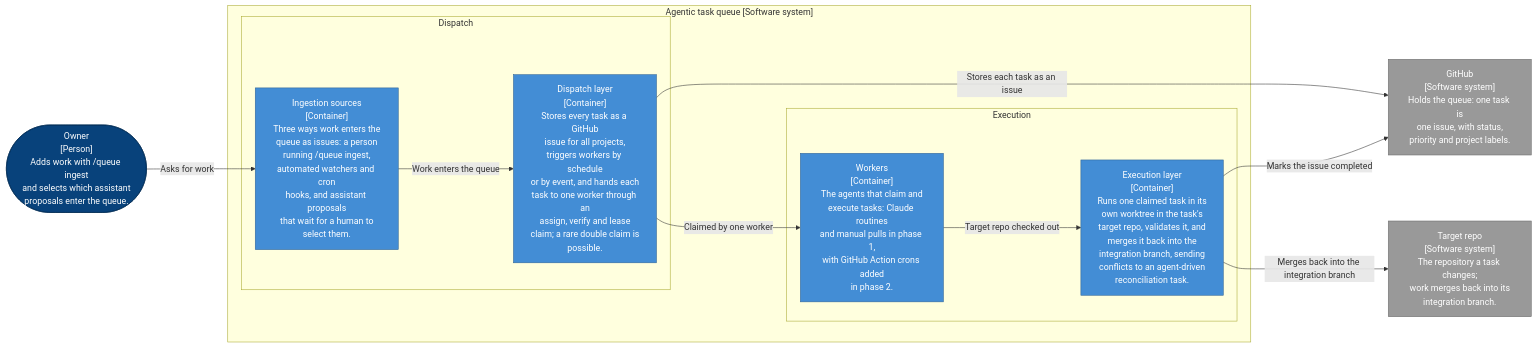
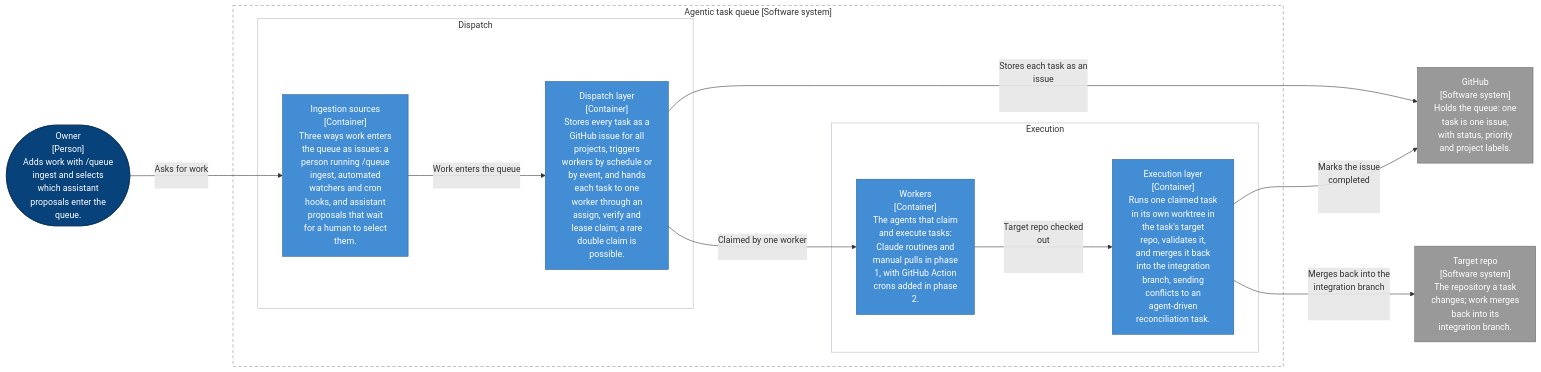
The first of 4 diagrams in docs/diagrams/c4/agentic-task-queue.md (victusfate/scaffold), drawn with Mermaid before and after one commit. The commit also changed other lines of this file and 15 other files, not shown here.

````diff
--- a/docs/diagrams/c4/agentic-task-queue.md
+++ b/docs/diagrams/c4/agentic-task-queue.md
@@ -9,29 +9,33 @@
 ```mermaid
+%%{init: {"flowchart": {"wrappingWidth": 400, "nodeSpacing": 45, "rankSpacing": 90}, "themeCSS": ".edgeLabel rect, .edgeLabel .labelBkg { fill: none !important; background: none !important; } .edgeLabel p, .edgeLabel span { background: none !important; }"}}%%
 flowchart LR
-    p_owner(["Owner<br/>[Person]<br/>Adds work with /queue ingest<br/>and selects which assistant<br/>proposals enter the queue."])
-    s_github["GitHub<br/>[Software system]<br/>Holds the queue: one task is<br/>one issue, with status,<br/>priority and project labels."]
-    s_target["Target repo<br/>[Software system]<br/>The repository a task changes;<br/>work merges back into its<br/>integration branch."]
+    p_owner(["Owner<br/>[Person]<br/>Adds work with /queue<br/>ingest and selects<br/>which assistant<br/>proposals enter the<br/>queue."])
+    s_github["GitHub<br/>[Software system]<br/>Holds the queue: one<br/>task is one issue,<br/>with status, priority<br/>and project labels."]
+    s_target["Target repo<br/>[Software system]<br/>The repository a task<br/>changes; work merges<br/>back into its<br/>integration branch."]
     subgraph sys["Agentic task queue [Software system]"]
         subgraph g_1["Dispatch"]
-            c_ING["Ingestion sources<br/>[Container]<br/>Three ways work enters the<br/>queue as issues: a person<br/>running /queue ingest,<br/>automated watchers and cron<br/>hooks, and assistant proposals<br/>that wait for a human to<br/>select them."]
-            c_DISP["Dispatch layer<br/>[Container]<br/>Stores every task as a GitHub<br/>issue for all projects,<br/>triggers workers by schedule<br/>or by event, and hands each<br/>task to one worker through an<br/>assign, verify and lease<br/>claim; a rare double claim is<br/>possible."]
+            c_ING["Ingestion sources<br/>[Container]<br/>Three ways work enters<br/>the queue as issues: a<br/>person running /queue<br/>ingest, automated<br/>watchers and cron<br/>hooks, and assistant<br/>proposals that wait<br/>for a human to select<br/>them."]
+            c_DISP["Dispatch layer<br/>[Container]<br/>Stores every task as a<br/>GitHub issue for all<br/>projects, triggers<br/>workers by schedule or<br/>by event, and hands<br/>each task to one<br/>worker through an<br/>assign, verify and<br/>lease claim; a rare<br/>double claim is<br/>possible."]
         end
         subgraph g_2["Execution"]
-            c_WORK["Workers<br/>[Container]<br/>The agents that claim and<br/>execute tasks: Claude routines<br/>and manual pulls in phase 1,<br/>with GitHub Action crons added<br/>in phase 2."]
-            c_EXEC["Execution layer<br/>[Container]<br/>Runs one claimed task in its<br/>own worktree in the task's<br/>target repo, validates it, and<br/>merges it back into the<br/>integration branch, sending<br/>conflicts to an agent-driven<br/>reconciliation task."]
+            c_WORK["Workers<br/>[Container]<br/>The agents that claim<br/>and execute tasks:<br/>Claude routines and<br/>manual pulls in phase<br/>1, with GitHub Action<br/>crons added in phase<br/>2."]
+            c_EXEC["Execution layer<br/>[Container]<br/>Runs one claimed task<br/>in its own worktree in<br/>the task's target<br/>repo, validates it,<br/>and merges it back<br/>into the integration<br/>branch, sending<br/>conflicts to an<br/>agent-driven<br/>reconciliation task."]
         end
     end
-    p_owner -->|"Asks for work"| c_ING
-    c_ING -->|"Work enters the queue"| c_DISP
-    c_DISP -->|"Stores each task as an issue"| s_github
-    c_DISP -->|"Claimed by one worker"| c_WORK
-    c_WORK -->|"Target repo checked out"| c_EXEC
-    c_EXEC -->|"Merges back into the integration branch"| s_target
-    c_EXEC -->|"Marks the issue completed"| s_github
+    style sys fill:none,stroke:#8a8f98,stroke-width:1px,stroke-dasharray:6 4
+    style g_1 fill:none,stroke:#b4b9c2,stroke-width:1px
+    style g_2 fill:none,stroke:#b4b9c2,stroke-width:1px
+    p_owner -->|"Asks for work<br/>⠀"| c_ING
+    c_ING -->|"Work enters the queue<br/>⠀"| c_DISP
+    c_DISP -->|"Stores each task as an<br/>issue<br/>⠀<br/>⠀"| s_github
+    c_DISP -->|"Claimed by one worker<br/>⠀"| c_WORK
+    c_WORK -->|"Target repo checked<br/>out<br/>⠀<br/>⠀"| c_EXEC
+    c_EXEC -->|"Merges back into the<br/>integration branch<br/>⠀<br/>⠀"| s_target
+    c_EXEC -->|"Marks the issue<br/>completed<br/>⠀<br/>⠀"| s_github
     classDef person fill:#08427b,stroke:#052e56,color:#ffffff;
     class p_owner person;
     classDef external fill:#999999,stroke:#6b6b6b,color:#ffffff;
     class s_github,s_target external;
     classDef container fill:#438dd5,stroke:#2e6295,color:#ffffff;
     class c_ING,c_DISP,c_WORK,c_EXEC container;
 ```
````
